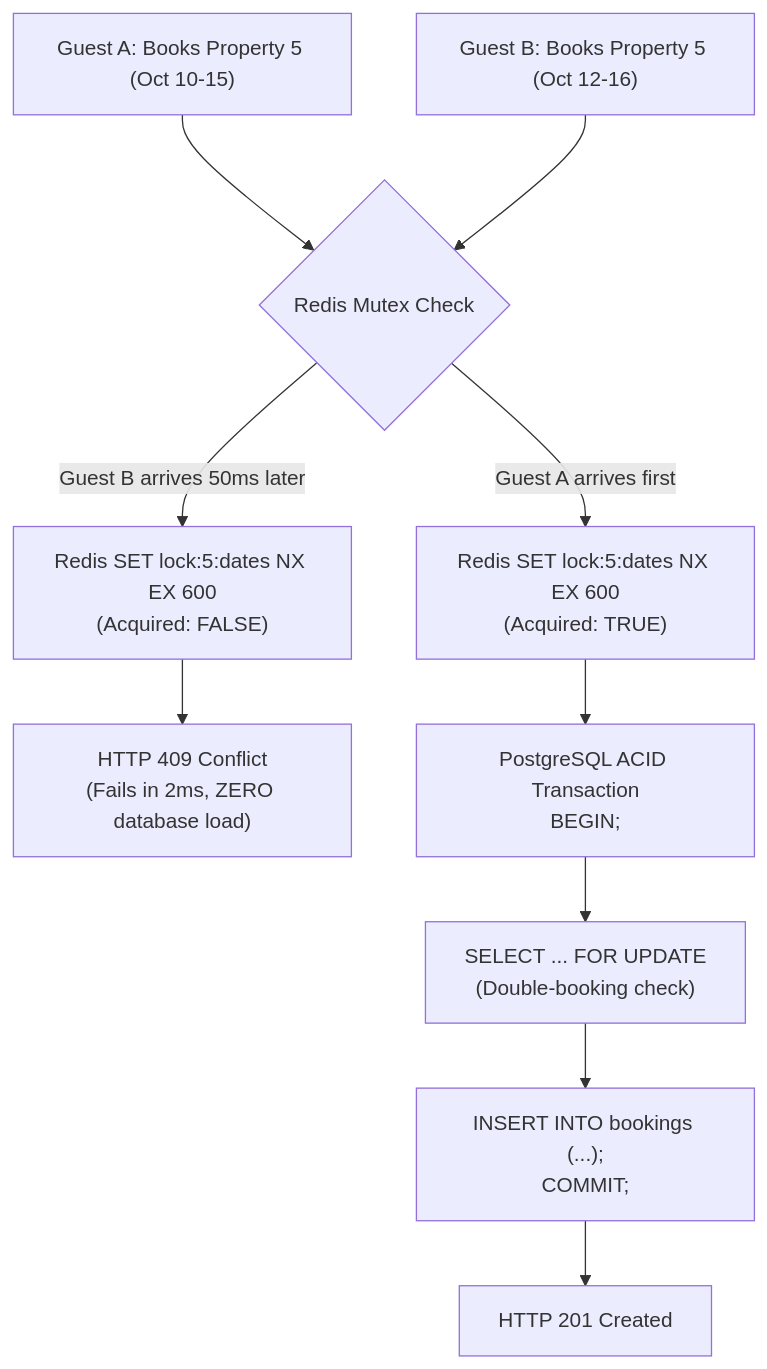
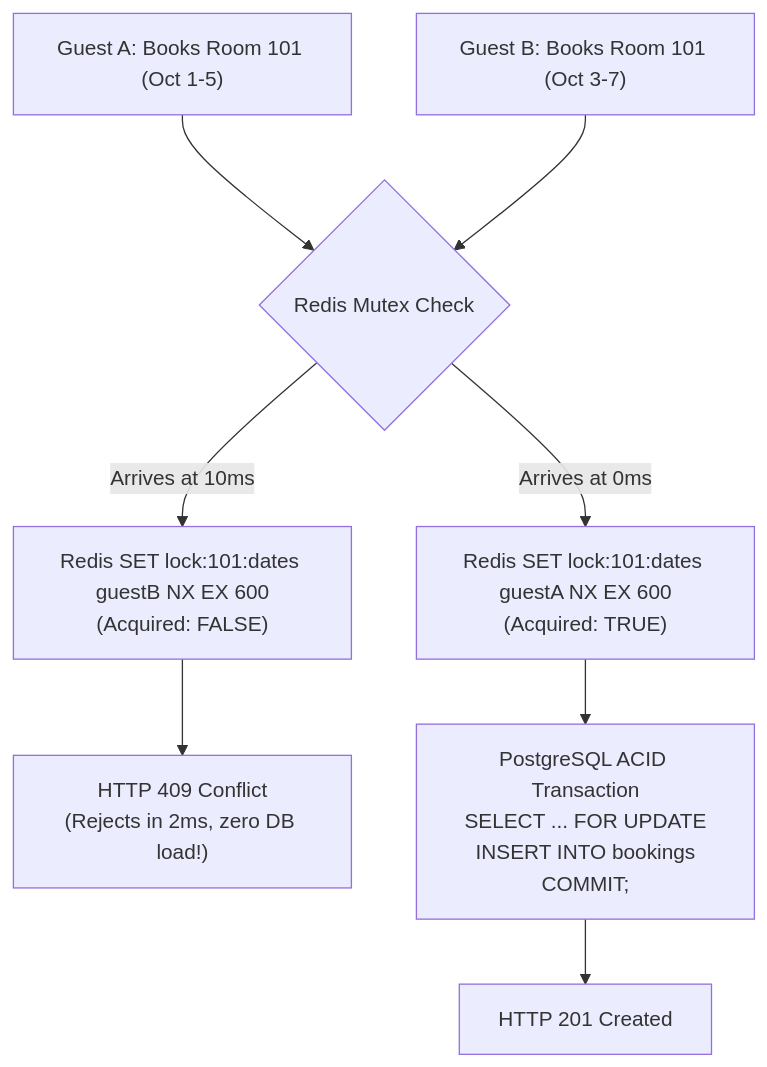
One commit to omkarswami20/VistoraServer changed the fifth of 6 diagrams in SYSTEM_FLOW_AND_ARCHITECTURE.md. Above: the diagram before and after it, drawn with Mermaid. The commit also changed other lines of this file and 1 other file, not shown here.

````diff
--- a/SYSTEM_FLOW_AND_ARCHITECTURE.md
+++ b/SYSTEM_FLOW_AND_ARCHITECTURE.md
@@ -285,15 +360,12 @@
 ```mermaid
 flowchart TD
-    Req1["Guest A: Books Property 5 (Oct 10-15)"] --> LockCheck{"Redis Mutex Check"}
-    Req2["Guest B: Books Property 5 (Oct 12-16)"] --> LockCheck
+    Req1["Guest A: Books Room 101 (Oct 1-5)"] --> Lock{"Redis Mutex Check"}
+    Req2["Guest B: Books Room 101 (Oct 3-7)"] --> Lock
 
-    LockCheck -- "Guest A arrives first" --> SetLock["Redis SET lock:5:dates NX EX 600<br/>(Acquired: TRUE)"]
-    LockCheck -- "Guest B arrives 50ms later" --> DenyLock["Redis SET lock:5:dates NX EX 600<br/>(Acquired: FALSE)"]
+    Lock -- "Arrives at 0ms" --> SetLock["Redis SET lock:101:dates guestA NX EX 600<br/>(Acquired: TRUE)"]
+    Lock -- "Arrives at 10ms" --> FailLock["Redis SET lock:101:dates guestB NX EX 600<br/>(Acquired: FALSE)"]
     
-    DenyLock --> FastFail["HTTP 409 Conflict<br/>(Fails in 2ms, ZERO database load)"]
-    
-    SetLock --> DBTx["PostgreSQL ACID Transaction<br/>BEGIN;"]
-    DBTx --> RowLock["SELECT ... FOR UPDATE<br/>(Double-booking check)"]
-    RowLock --> InsertBooking["INSERT INTO bookings (...);<br/>COMMIT;"]
-    InsertBooking --> Success["HTTP 201 Created"]
+    FailLock --> Reject["HTTP 409 Conflict<br/>(Rejects in 2ms, zero DB load!)"]
+    SetLock --> DB["PostgreSQL ACID Transaction<br/>SELECT ... FOR UPDATE<br/>INSERT INTO bookings<br/>COMMIT;"]
+    DB --> Success["HTTP 201 Created"]
 ```
````
